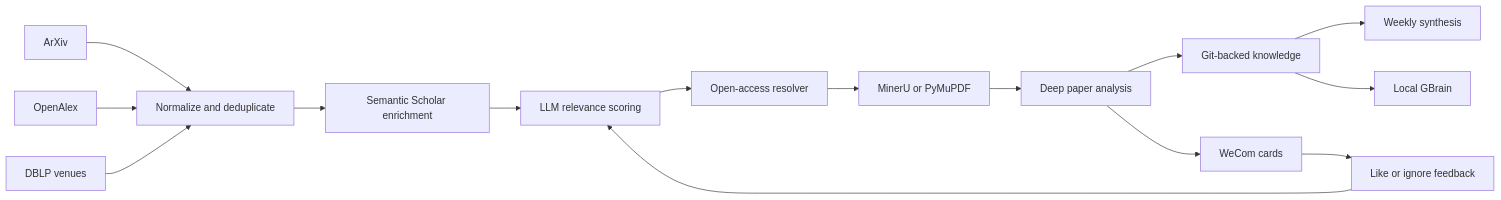
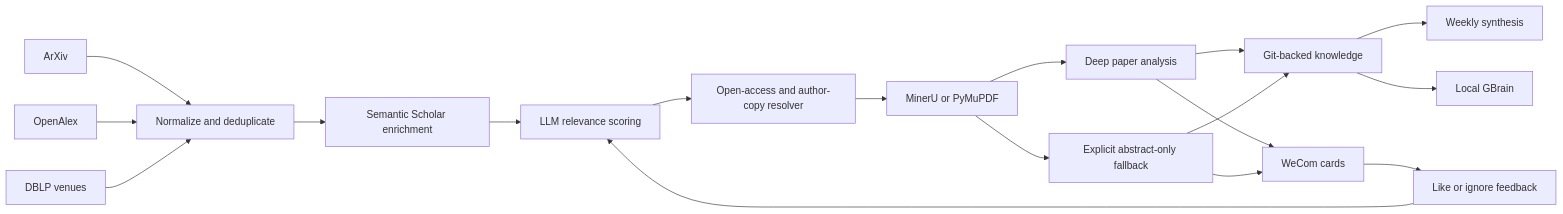
The diagram in skills/deploy-ai-research-radar/references/architecture.md (peipeijiang/ai-research-radar-skill), drawn with Mermaid before and after one commit. The commit also changed other lines of this file and 9 other files, not shown here.

````diff
--- a/skills/deploy-ai-research-radar/references/architecture.md
+++ b/skills/deploy-ai-research-radar/references/architecture.md
@@ -5,17 +5,20 @@
 ```mermaid
 flowchart LR
   A[ArXiv] --> D[Normalize and deduplicate]
   B[OpenAlex] --> D
   C[DBLP venues] --> D
   D --> E[Semantic Scholar enrichment]
   E --> F[LLM relevance scoring]
-  F --> G[Open-access resolver]
+  F --> G[Open-access and author-copy resolver]
   G --> H[MinerU or PyMuPDF]
   H --> I[Deep paper analysis]
+  H --> O[Explicit abstract-only fallback]
   I --> J[Git-backed knowledge]
   I --> K[WeCom cards]
+  O --> J
+  O --> K
   J --> L[Weekly synthesis]
   J --> M[Local GBrain]
   K --> N[Like or ignore feedback]
   N --> F
 ```
````
